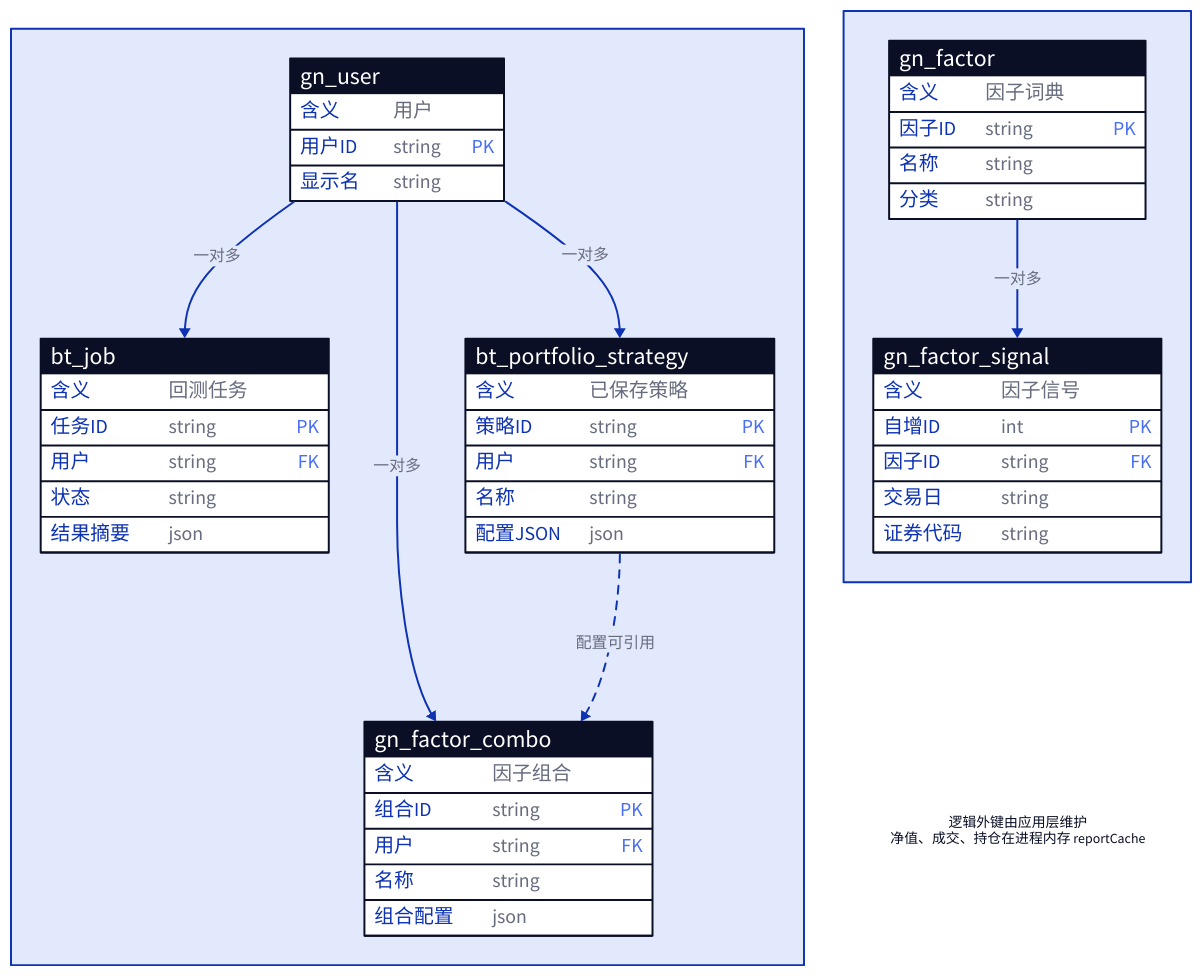
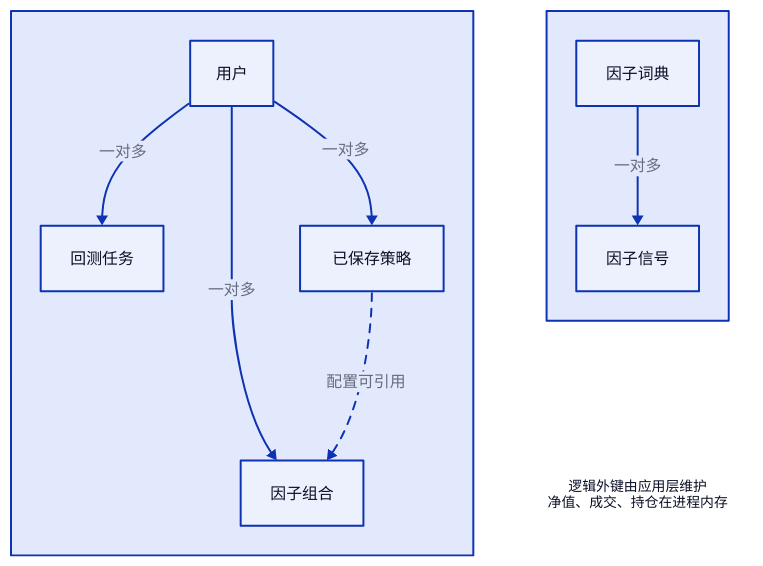
The diagram in diagrams/d2/er-business.d2 (Saka9527/gaoneng-quant), drawn with D2 before and after one commit. The commit also changed other lines of this file and 11 other files, not shown here.

Commit message:
Keep only the Chinese labels on the design diagrams.

```diff
--- a/diagrams/d2/er-business.d2
+++ b/diagrams/d2/er-business.d2
@@ -1,68 +1,29 @@
 direction: down
 
 owners: "" {
   direction: down
-  user: gn_user {
-    shape: sql_table
-    含义: 用户
-    用户ID: string {constraint: primary_key}
-    显示名: string
-  }
-  jobs: bt_job {
-    shape: sql_table
-    含义: 回测任务
-    任务ID: string {constraint: primary_key}
-    用户: string {constraint: foreign_key}
-    状态: string
-    结果摘要: json
-  }
-  strategy: bt_portfolio_strategy {
-    shape: sql_table
-    含义: 已保存策略
-    策略ID: string {constraint: primary_key}
-    用户: string {constraint: foreign_key}
-    名称: string
-    配置JSON: json
-  }
-  combo: gn_factor_combo {
-    shape: sql_table
-    含义: 因子组合
-    组合ID: string {constraint: primary_key}
-    用户: string {constraint: foreign_key}
-    名称: string
-    组合配置: json
-  }
+  user: "用户"
+  jobs: "回测任务"
+  strategy: "已保存策略"
+  combo: "因子组合"
   user -> jobs: 一对多
   user -> strategy: 一对多
   user -> combo: 一对多
   strategy -> combo: 配置可引用 {style.stroke-dash: 4}
 }
 
 factors: "" {
   direction: right
-  factor: gn_factor {
-    shape: sql_table
-    含义: 因子词典
-    因子ID: string {constraint: primary_key}
-    名称: string
-    分类: string
-  }
-  signal: gn_factor_signal {
-    shape: sql_table
-    含义: 因子信号
-    自增ID: int {constraint: primary_key}
-    因子ID: string {constraint: foreign_key}
-    交易日: string
-    证券代码: string
-  }
+  factor: "因子词典"
+  signal: "因子信号"
   factor -> signal: 一对多
 }
 
 factors -> note: "" {
   style.opacity: 0
 }
 
-note: "逻辑外键由应用层维护\n净值、成交、持仓在进程内存 reportCache" {
+note: "逻辑外键由应用层维护\n净值、成交、持仓在进程内存" {
   shape: text
   style.font-size: 14
 }
```
